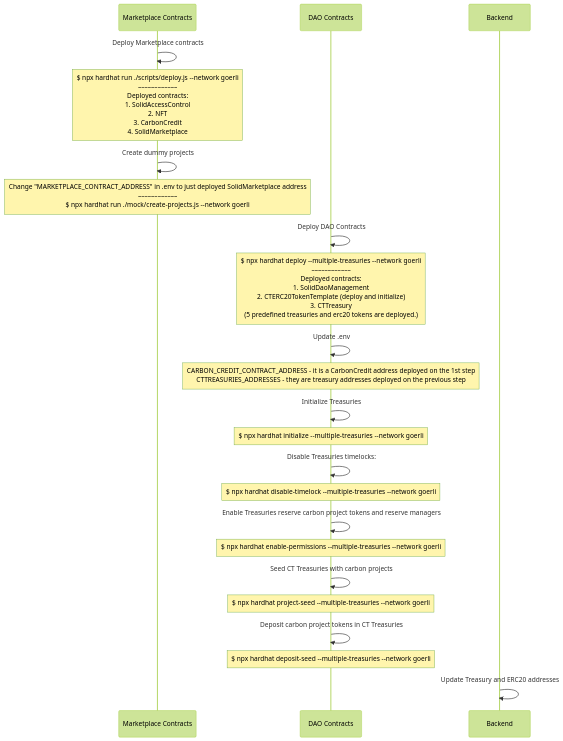
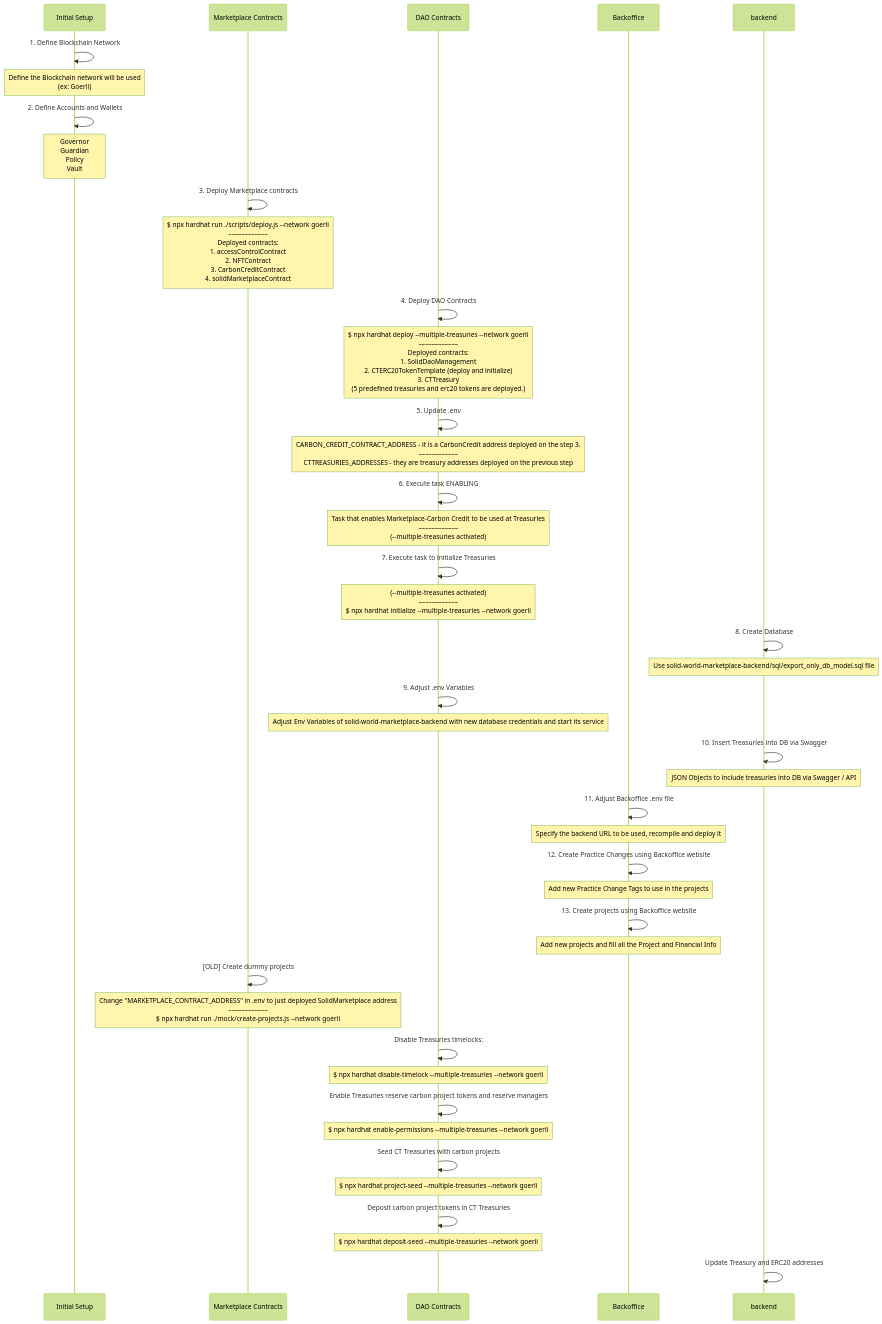
One commit to solid-world/solid-world-dao-contracts changed the diagram in docs/testnet-deployment-flow.md. Above: the diagram before and after it, drawn with Mermaid (forest theme).

````diff
--- a/docs/testnet-deployment-flow.md
+++ b/docs/testnet-deployment-flow.md
@@ -1,25 +1,67 @@
 ```mermaid
 sequenceDiagram
+    participant initialSetup as Initial Setup
     participant market as Marketplace Contracts
     participant dao as DAO Contracts
-    participant Backend
-    market->>market: Deploy Marketplace contracts
-    Note over market: $ npx hardhat run ./scripts/deploy.js --network goerli <br>––––––––––––<br>Deployed contracts: <br>1. SolidAccessControl <br>2. NFT <br>3. CarbonCredit <br>4. SolidMarketplace
-    market->>market: Create dummy projects
+    participant backoffice as Backoffice
+    participant backend
+    
+    initialSetup->>initialSetup: 1. Define Blockchain Network
+    Note over initialSetup: Define the Blockchain network will be used <br> (ex: Goerli)
+    
+    initialSetup->>initialSetup: 2. Define Accounts and Wallets
+    Note over initialSetup: Governor <br> Guardian <br> Policy <br> Vault
+    
+    market->>market: 3. Deploy Marketplace contracts
+    Note over market: $ npx hardhat run ./scripts/deploy.js --network goerli <br>––––––––––––<br>Deployed contracts: <br>1. accessControlContract <br>2. NFTContract <br>3. CarbonCreditContract <br>4. solidMarketplaceContract
+    
+    dao->>dao: 4. Deploy DAO Contracts
+    Note over dao: $ npx hardhat deploy --multiple-treasuries --network goerli <br>––––––––––––<br>Deployed contracts: <br>1. SolidDaoManagement<br> 2. CTERC20TokenTemplate (deploy and initialize)<br> 3. CTTreasury<br> (5 predefined treasuries and erc20 tokens are deployed.)
+    
+    dao->>dao: 5. Update .env
+    Note over dao: CARBON_CREDIT_CONTRACT_ADDRESS - it is a CarbonCredit address deployed on the step 3. <br>––––––––––––<br>CTTREASURIES_ADDRESSES - they are treasury addresses deployed on the previous step
+    
+    dao->>dao: 6. Execute task ENABLING
+    Note over dao: Task that enables Marketplace-Carbon Credit to be used at Treasuries <br>––––––––––––<br>(--multiple-treasuries activated)
+    
+    dao->>dao: 7. Execute task to initialize Treasuries
+    Note over dao: (--multiple-treasuries activated) <br>––––––––––––<br>$ npx hardhat initialize --multiple-treasuries --network goerli
+    
+    backend->>backend: 8. Create Database
+    Note over backend: Use solid-world-marketplace-backend/sql/export_only_db_model.sql file
+    
+    dao->>dao: 9. Adjust .env Variables
+    Note over dao: Adjust Env Variables of solid-world-marketplace-backend with new database credentials and start its service
+    
+    backend->>backend: 10. Insert Treasuries into DB via Swagger
+    Note over backend: JSON Objects to include treasuries into DB via Swagger / API
+    
+    backoffice->>backoffice: 11. Adjust Backoffice .env file
+    Note over backoffice: Specify the backend URL to be used, recompile and deploy it
+    
+    backoffice->>backoffice: 12. Create Practice Changes using Backoffice website	
+    Note over backoffice: Add new Practice Change Tags to use in the projects
+    
+    backoffice->>backoffice: 13. Create projects using Backoffice website	
+    Note over backoffice: Add new projects and fill all the Project and Financial Info
+    
+    market->>market: [OLD] Create dummy projects
     Note over market: Change "MARKETPLACE_CONTRACT_ADDRESS" in .env to just deployed SolidMarketplace address<br>––––––––––––<br>$ npx hardhat run ./mock/create-projects.js  --network goerli
-    dao->>dao: Deploy DAO Contracts
-    Note over dao: $ npx hardhat deploy --multiple-treasuries --network goerli <br>––––––––––––<br>Deployed contracts: <br>1. SolidDaoManagement<br> 2. CTERC20TokenTemplate (deploy and initialize)<br> 3. CTTreasury<br> (5 predefined treasuries and erc20 tokens are deployed.)
-    dao->>dao: Update .env
-    Note over dao: CARBON_CREDIT_CONTRACT_ADDRESS - it is a CarbonCredit address deployed on the 1st step<br>CTTREASURIES_ADDRESSES - they are treasury addresses deployed on the previous step
-    dao->>dao: Initialize Treasuries
-    Note over dao: $ npx hardhat initialize --multiple-treasuries --network goerli
+    
+ 
+    
     dao->>dao: Disable Treasuries timelocks:
     Note over dao: $ npx hardhat disable-timelock --multiple-treasuries --network goerli
+    
     dao->>dao: Enable Treasuries reserve carbon project tokens and reserve managers
     Note over dao: $ npx hardhat enable-permissions --multiple-treasuries --network goerli
+    
     dao->>dao: Seed CT Treasuries with carbon projects
     Note over dao: $ npx hardhat project-seed --multiple-treasuries --network goerli
+    
     dao->>dao: Deposit carbon project tokens in CT Treasuries
     Note over dao: $ npx hardhat deposit-seed --multiple-treasuries --network goerli
-    Backend->>Backend: Update Treasury and ERC20 addresses
+    
+    backend->>backend: Update Treasury and ERC20 addresses
+    
 ```
````
